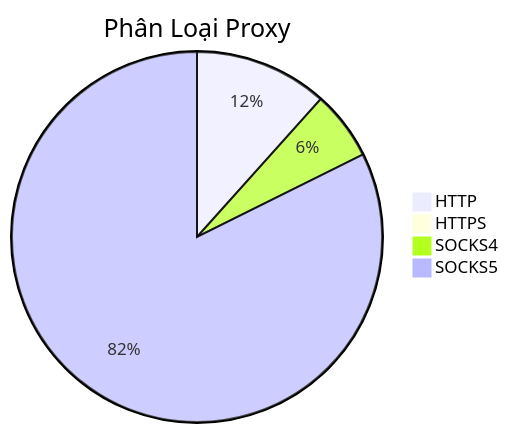
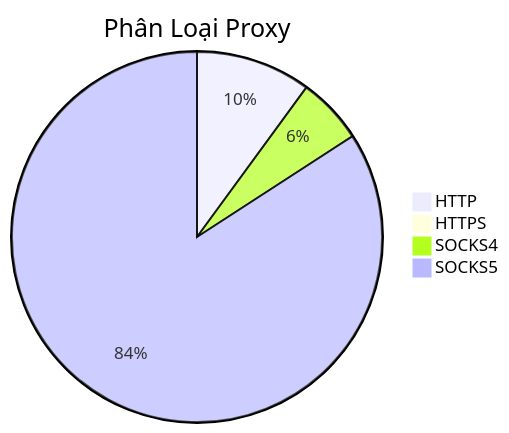
One commit to Ciara-Aa/PROXY-free changed the diagram in README.md. Above: the diagram before and after it, drawn with Mermaid. The commit also changed other lines of this file and 4 other files, not shown here.

````diff
--- a/README.md
+++ b/README.md
@@ -26,7 +26,7 @@
 ```mermaid
 pie title Phân Loại Proxy
-    "HTTP" : 356
-    "HTTPS" : 1
-    "SOCKS4" : 184
-    "SOCKS5" : 2520
+    "HTTP" : 373
+    "HTTPS" : 3
+    "SOCKS4" : 215
+    "SOCKS5" : 3123
 ```
````
